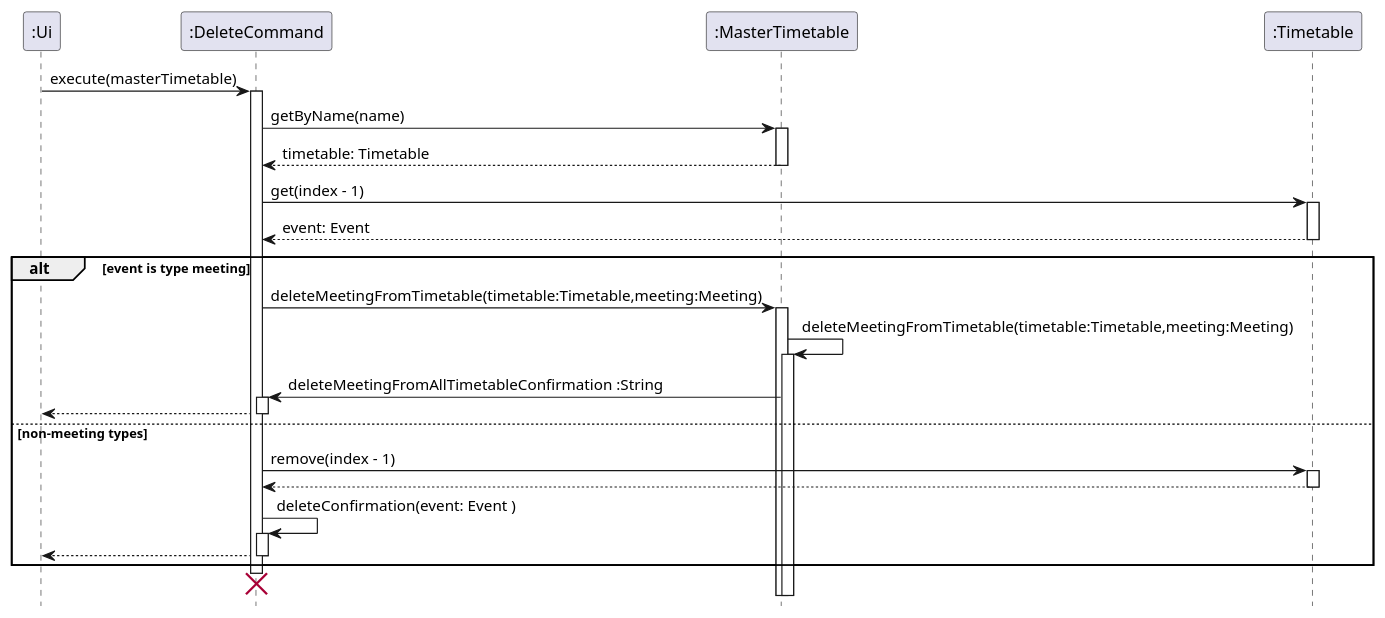
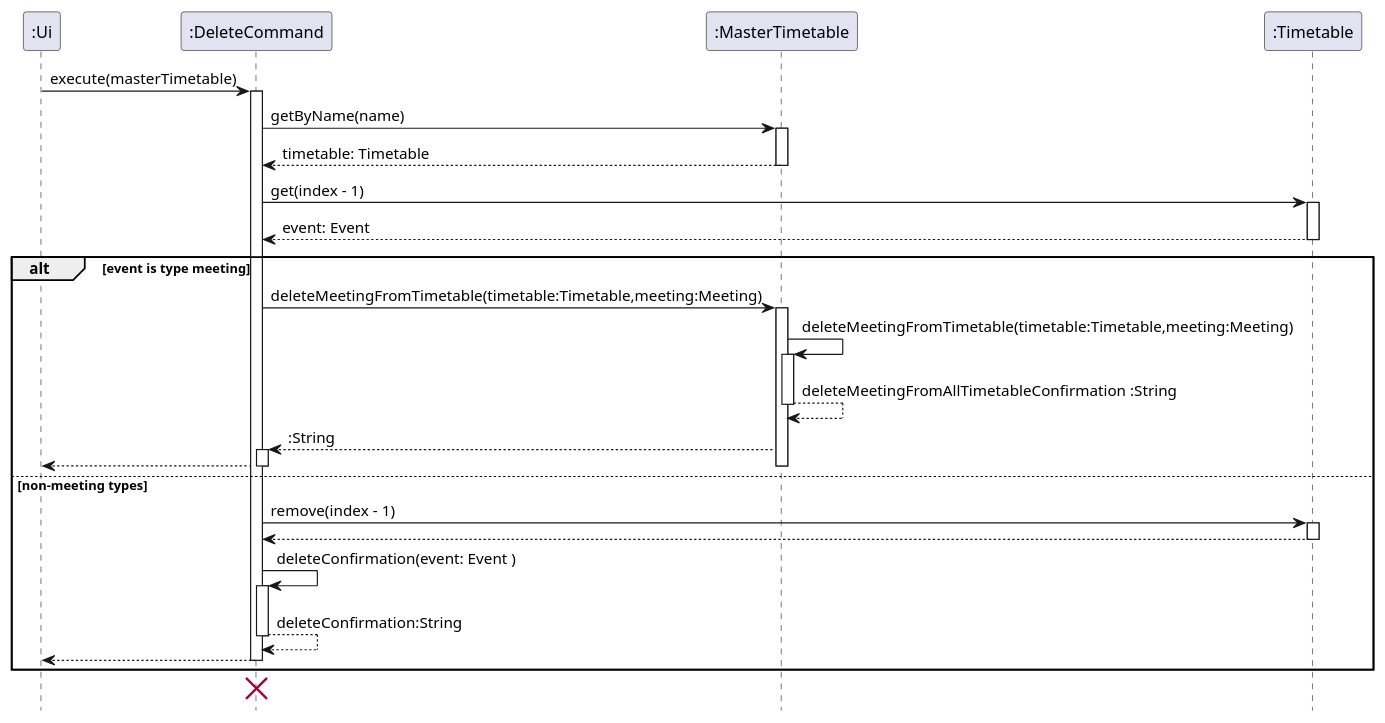
The diagram in docs/diagrams/DeleteCommandSequenceDiagram.puml (nus-cs2113-AY2122S2/tp), drawn with PlantUML before and after one commit. The commit also changed 5 other files, not shown here.

Commit message:
Edit sequence diagrams

```diff
--- a/docs/diagrams/DeleteCommandSequenceDiagram.puml
+++ b/docs/diagrams/DeleteCommandSequenceDiagram.puml
@@ -1,25 +1,27 @@
 @startuml
 hide footbox
 
 ":Ui" -> ":DeleteCommand" ++: execute(masterTimetable)
 ":DeleteCommand" -> ":MasterTimetable" ++: getByName(name)
 ":MasterTimetable" --> ":DeleteCommand" -- : timetable: Timetable
 ":DeleteCommand" -> ":Timetable" ++: get(index - 1)
 ":Timetable" --> ":DeleteCommand" -- : event: Event
 alt event is type meeting
 ":DeleteCommand" -> ":MasterTimetable" ++: deleteMeetingFromTimetable(timetable:Timetable,meeting:Meeting)
 ":MasterTimetable" -> ":MasterTimetable" ++: deleteMeetingFromTimetable(timetable:Timetable,meeting:Meeting)
-":MasterTimetable" -> ":DeleteCommand" ++: deleteMeetingFromAllTimetableConfirmation :String
+":MasterTimetable" --> ":MasterTimetable" --: deleteMeetingFromAllTimetableConfirmation :String
+":MasterTimetable" --> ":DeleteCommand" ++: :String
 ":DeleteCommand" --> ":Ui" --:
-
+deactivate
 else non-meeting types
 
 ":DeleteCommand" -> ":Timetable" ++ : remove(index - 1)
 ":Timetable" --> ":DeleteCommand" --:
 ":DeleteCommand" -> ":DeleteCommand" ++ : deleteConfirmation(event: Event )
+":DeleteCommand" --> ":DeleteCommand" -- : deleteConfirmation:String
 ":DeleteCommand" --> ":Ui" --:
 
 end
 destroy ":DeleteCommand"
 
 @enduml
```
